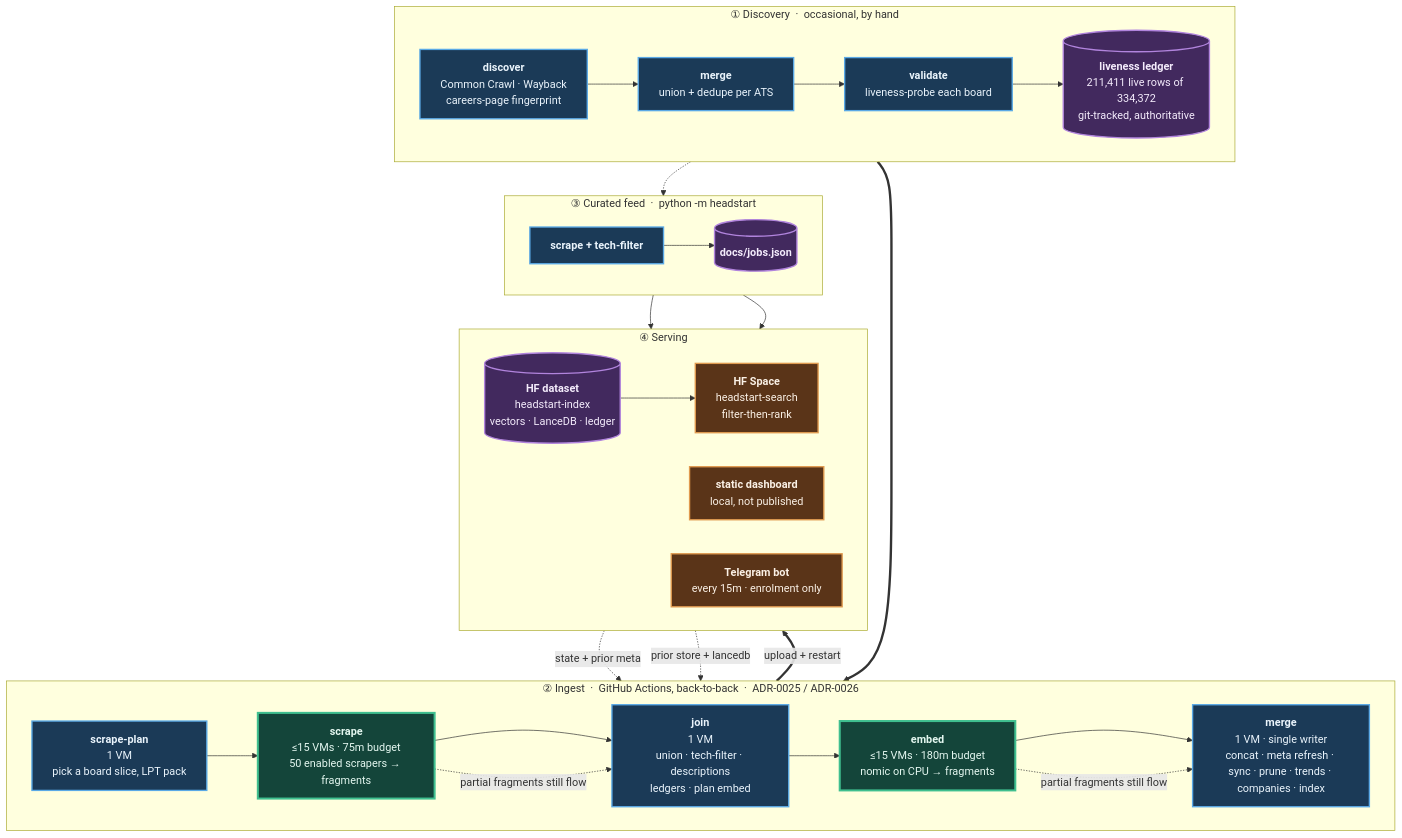
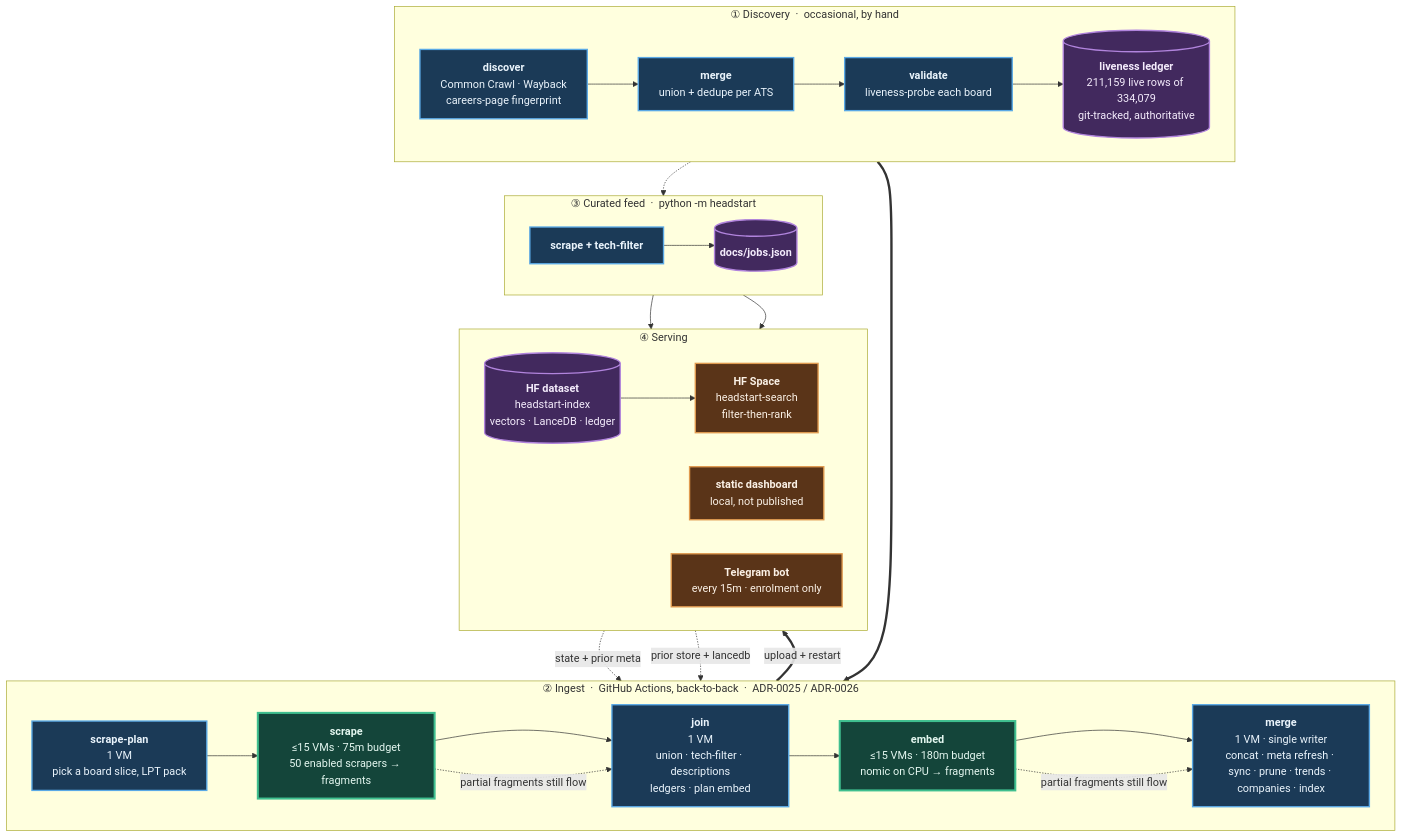
Before and after one commit to sarthakjain004/headstart: the diagram in README.md, drawn with Mermaid. The commit also changed other lines of this file and 3 other files, not shown here.

````diff
--- a/README.md
+++ b/README.md
@@ -185,56 +185,56 @@
 ```mermaid
 flowchart TB
     subgraph D["① Discovery &nbsp;·&nbsp; occasional, by hand"]
         direction LR
         D1["<b>discover</b><br/>Common Crawl · Wayback<br/>careers-page fingerprint"]
         D2["<b>merge</b><br/>union + dedupe per ATS"]
         D3["<b>validate</b><br/>liveness-probe each board"]
-        D4[("<b>liveness ledger</b><br/>211,411 live rows of 334,372<br/>git-tracked, authoritative")]
+        D4[("<b>liveness ledger</b><br/>211,159 live rows of 334,079<br/>git-tracked, authoritative")]
         D1 --> D2 --> D3 --> D4
     end
 
     subgraph P["② Ingest &nbsp;·&nbsp; GitHub Actions, back-to-back &nbsp;·&nbsp; ADR-0025 / ADR-0026"]
         direction LR
         P1["<b>scrape-plan</b><br/>1 VM<br/>pick a board slice, LPT pack"]
         P2["<b>scrape</b><br/>≤15 VMs · 75m budget<br/>50 enabled scrapers → fragments"]
         P3["<b>join</b><br/>1 VM<br/>union · tech-filter · descriptions<br/>ledgers · plan embed"]
         P4["<b>embed</b><br/>≤15 VMs · 180m budget<br/>nomic on CPU → fragments"]
         P5["<b>merge</b><br/>1 VM · single writer<br/>concat · meta refresh · sync · prune · trends · companies · index"]
         P1 --> P2 --> P3 --> P4 --> P5
     end
 
     subgraph F["③ Curated feed &nbsp;·&nbsp; python -m headstart"]
         direction LR
         F1["<b>scrape + tech-filter</b>"]
         F2[("<b>docs/jobs.json</b>")]
         F1 --> F2
     end
 
     subgraph S["④ Serving"]
         direction LR
         S1[("<b>HF dataset</b><br/>headstart-index<br/>vectors · LanceDB · ledger")]
         S2["<b>HF Space</b><br/>headstart-search<br/>filter-then-rank"]
         S3["<b>static dashboard</b><br/>local, not published"]
         S4["<b>Telegram bot</b><br/>every 15m · enrolment only"]
         S1 --> S2
     end
 
     D4 ==> P1
     S1 -. "state + prior meta" .-> P1
     S1 -. "prior store + lancedb" .-> P5
     D4 -.-> F1
     P5 ==>|"upload + restart"| S1
     F2 --> S3
     F2 --> S4
     P2 -. "partial fragments still flow" .-> P3
     P4 -. "partial fragments still flow" .-> P5
 
     classDef serial fill:#1b3a57,stroke:#5aa9e6,stroke-width:2px,color:#eaf4fc
     classDef fan fill:#14453a,stroke:#3fbf8f,stroke-width:3px,color:#e4f7f0
     classDef store fill:#42295e,stroke:#b184dd,stroke-width:2px,color:#f4ecfc
     classDef serve fill:#5a3418,stroke:#e09a4f,stroke-width:2px,color:#fbf1e6
     class D1,D2,D3,P1,P3,P5,F1 serial
     class P2,P4 fan
     class D4,F2,S1 store
     class S2,S3,S4 serve
 ```
````
